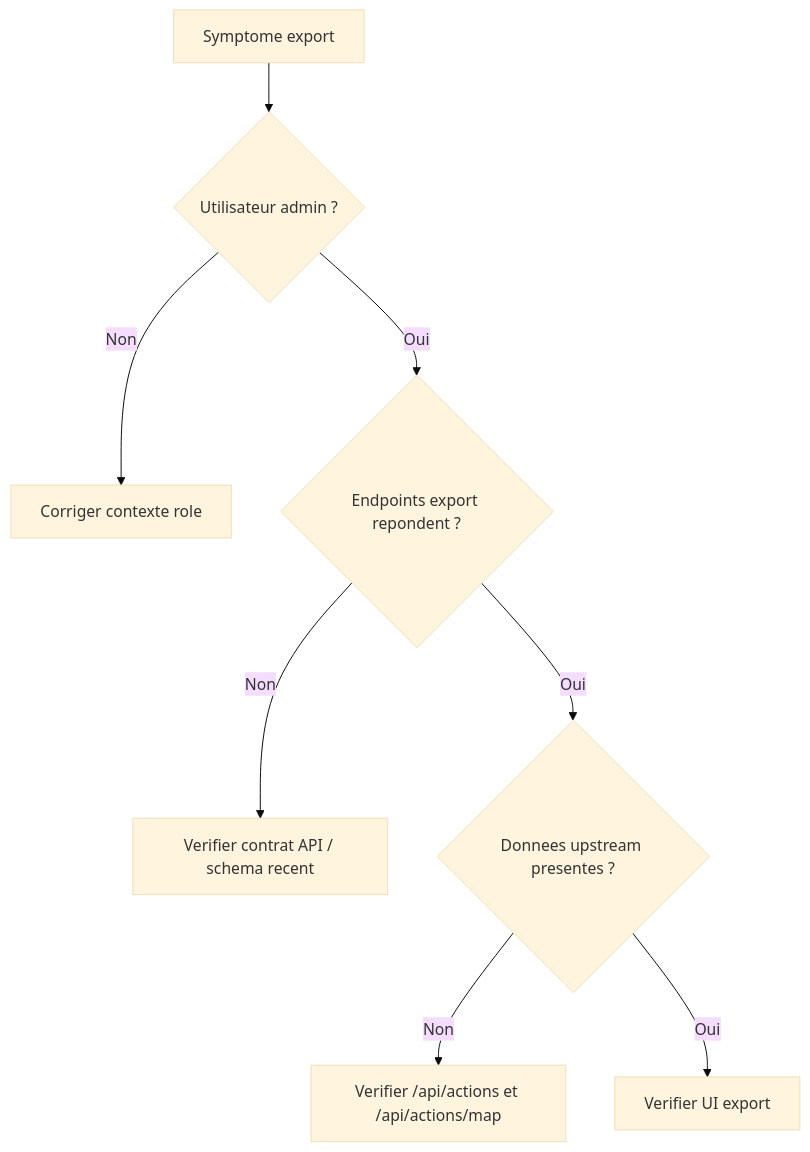
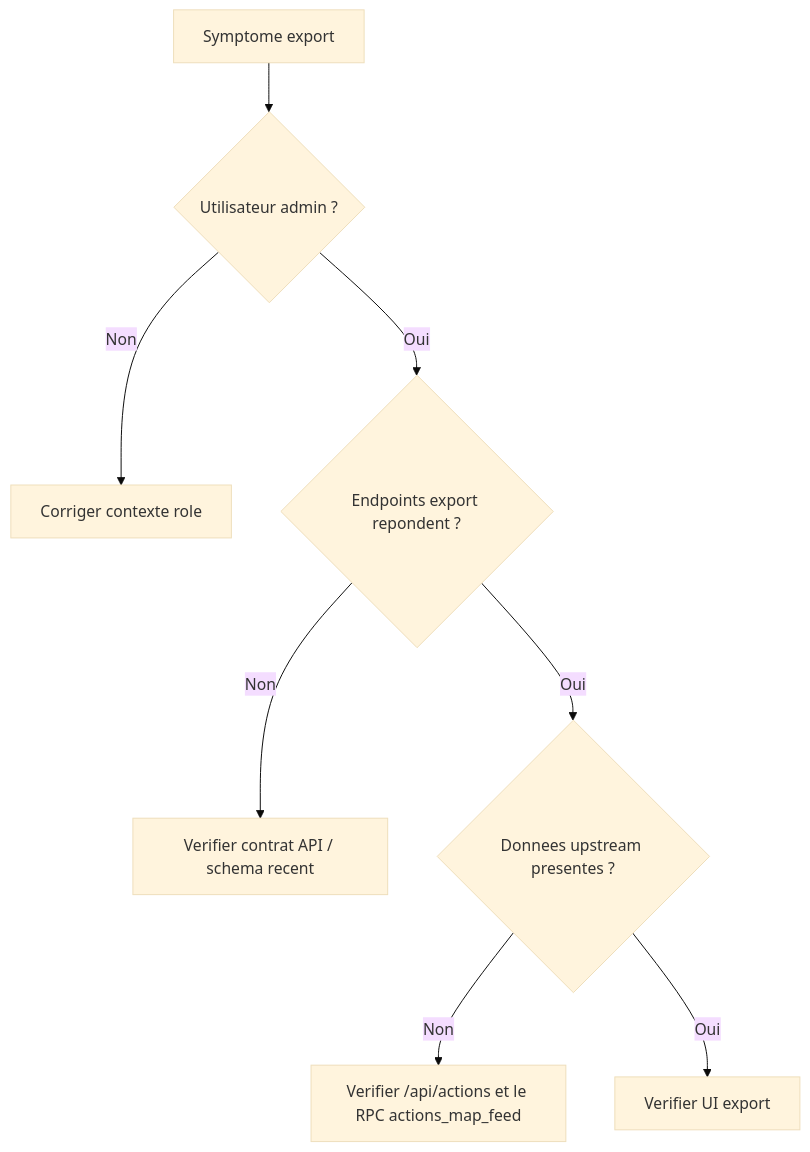
The fourth of 6 diagrams in documentation/operations/incidents-frequents-et-reprise.md (maxd4/CleanmyMap), drawn with Mermaid (base theme) before and after one commit. The commit also changed 322 other files, not shown here.

````diff
--- a/documentation/operations/incidents-frequents-et-reprise.md
+++ b/documentation/operations/incidents-frequents-et-reprise.md
@@ -50,10 +50,10 @@
 ```mermaid
 flowchart TD
   A[Symptome export] --> B{Utilisateur admin ?}
   B -- Non --> B1[Corriger contexte role]
   B -- Oui --> C{Endpoints export repondent ?}
   C -- Non --> C1[Verifier contrat API / schema recent]
   C -- Oui --> D{Donnees upstream presentes ?}
-  D -- Non --> D1[Verifier /api/actions et /api/actions/map]
+  D -- Non --> D1[Verifier /api/actions et le RPC actions_map_feed]
   D -- Oui --> E[Verifier UI export]
 ```
````
